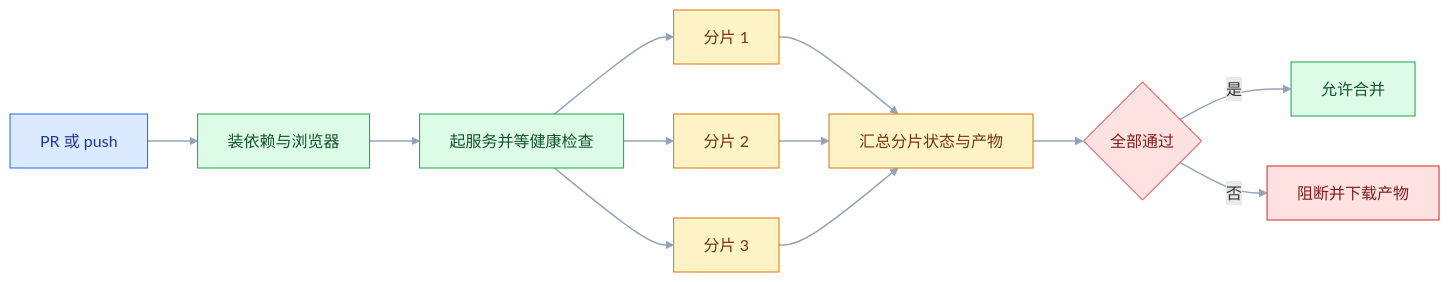
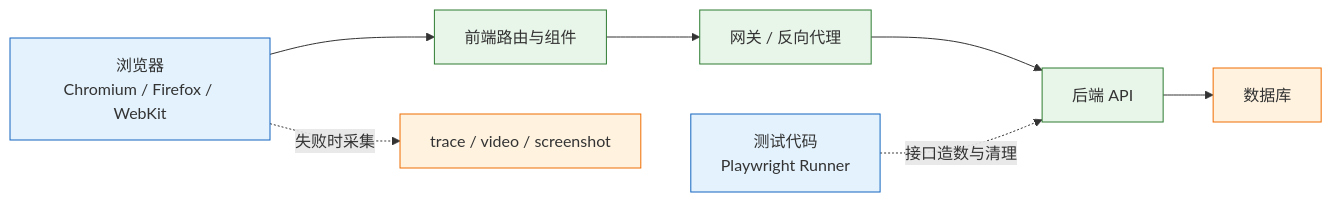
One commit to jimbosuper/studynotes changed the first of 3 diagrams in blog/src/notes/06-测试/03-接口与E2E测试/02-E2E测试.md. Above: the diagram before and after it, drawn with Mermaid. The commit also changed other lines of this file and 367 other files, not shown here.

````diff
--- a/blog/src/notes/06-测试/03-接口与E2E测试/02-E2E测试.md
+++ b/blog/src/notes/06-测试/03-接口与E2E测试/02-E2E测试.md
@@ -304,20 +39,15 @@
 ```mermaid
 flowchart LR
-    classDef client fill:#DBEAFE,stroke:#2563EB,color:#1E3A8A
-    classDef service fill:#DCFCE7,stroke:#16A34A,color:#14532D
-    classDef data fill:#FEF3C7,stroke:#D97706,color:#78350F
-    classDef danger fill:#FEE2E2,stroke:#DC2626,color:#7F1D1D
-
-    PR["PR 或 push"]:::client --> SETUP["装依赖与浏览器"]:::service
-    SETUP --> UP["起服务并等健康检查"]:::service
-    UP --> S1["分片 1"]:::data
-    UP --> S2["分片 2"]:::data
-    UP --> S3["分片 3"]:::data
-    S1 --> AGG["汇总分片状态与产物"]:::data
-    S2 --> AGG
-    S3 --> AGG
-    AGG --> G{"全部通过"}:::danger
-    G -->|"是"| OK["允许合并"]:::service
-    G -->|"否"| NO["阻断并下载产物"]:::danger
-    linkStyle default stroke:#94A3B8,stroke-width:1.5px
+    U["浏览器<br/>Chromium / Firefox / WebKit"] --> F["前端路由与组件"]
+    F --> G["网关 / 反向代理"]
+    G --> A["后端 API"]
+    A --> D["数据库"]
+    U -.->|"失败时采集"| R["trace / video / screenshot"]
+    T["测试代码<br/>Playwright Runner"] -.->|"接口造数与清理"| A
+    classDef client fill:#e3f2fd,stroke:#1565c0;
+    classDef engine fill:#e8f5e9,stroke:#2e7d32;
+    classDef image fill:#fff3e0,stroke:#ef6c00;
+    class T,U client
+    class F,G,A engine
+    class D,R image
 ```
````
